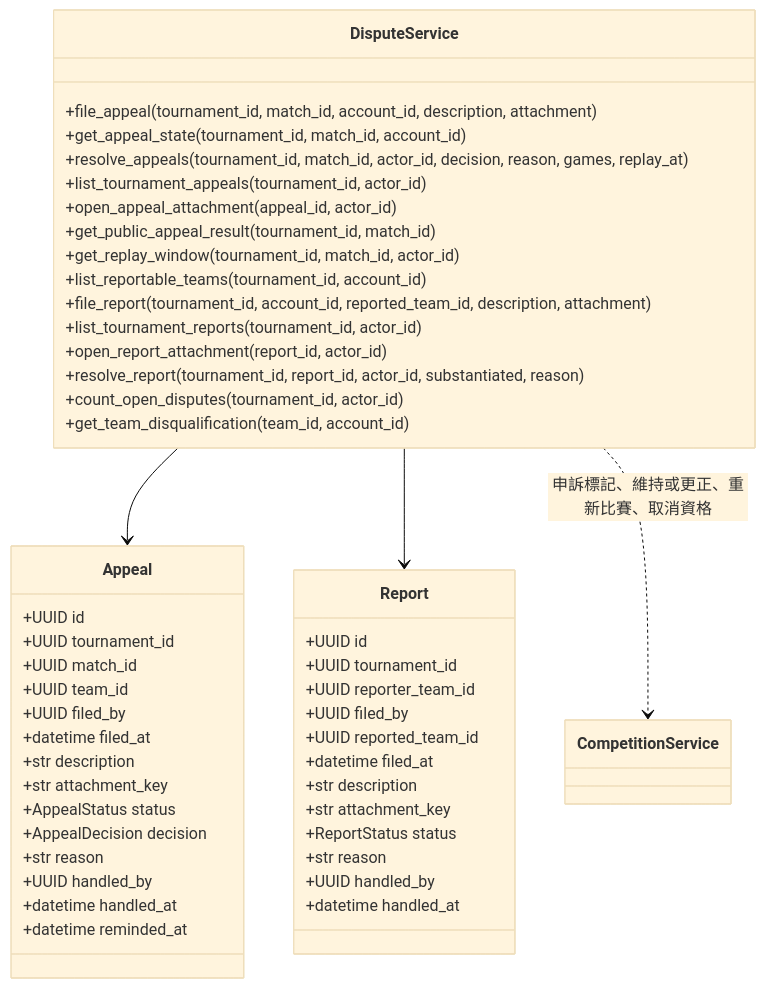
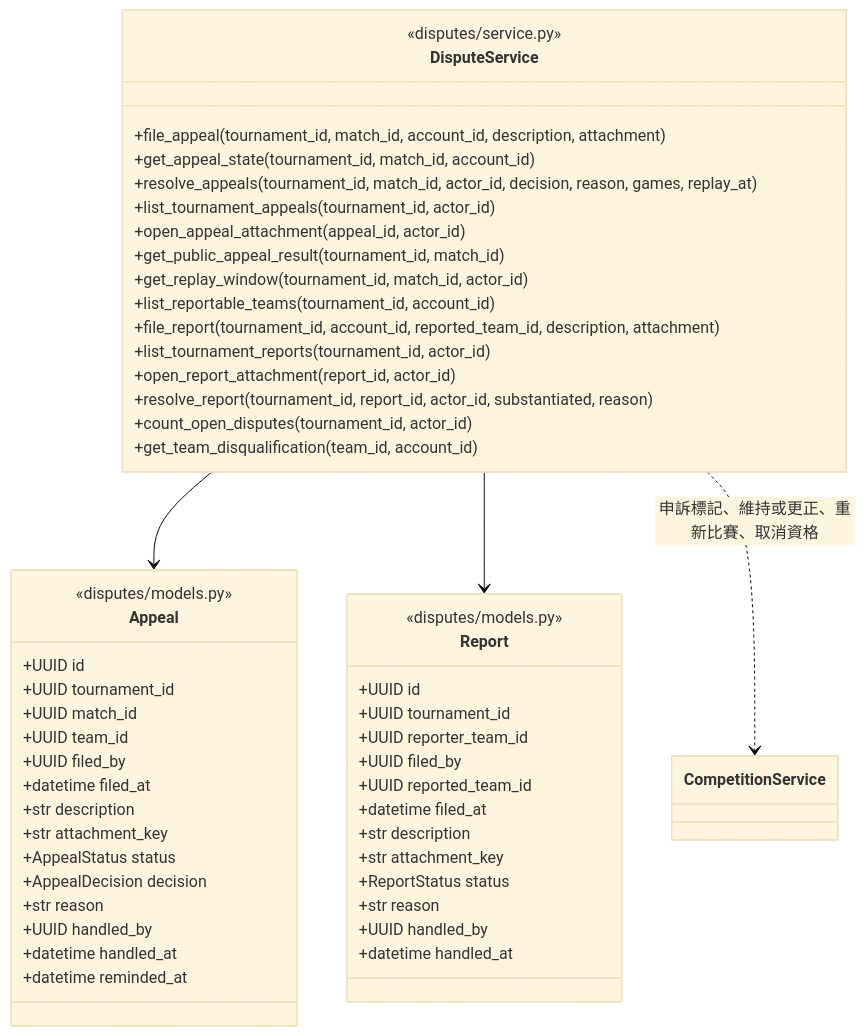
One commit to Team14good/esport-platform changed diagram 13 of 15 in docs/midterm/D-物件設計文件.md. Above: the diagram before and after it, drawn with Mermaid (base theme). The commit also changed other lines of this file and 27 other files, not shown here.

First line of the commit message:
docs: B、C、D 其餘的圖全部對照程式標註

````diff
--- a/docs/midterm/D-物件設計文件.md
+++ b/docs/midterm/D-物件設計文件.md
@@ -666,53 +701,56 @@
 ```mermaid
 classDiagram
   class Appeal {
+    <<disputes/models.py>>
     +UUID id
     +UUID tournament_id
     +UUID match_id
     +UUID team_id
     +UUID filed_by
     +datetime filed_at
     +str description
     +str attachment_key
     +AppealStatus status
     +AppealDecision decision
     +str reason
     +UUID handled_by
     +datetime handled_at
     +datetime reminded_at
   }
   class Report {
+    <<disputes/models.py>>
     +UUID id
     +UUID tournament_id
     +UUID reporter_team_id
     +UUID filed_by
     +UUID reported_team_id
     +datetime filed_at
     +str description
     +str attachment_key
     +ReportStatus status
     +str reason
     +UUID handled_by
     +datetime handled_at
   }
   class DisputeService {
+    <<disputes/service.py>>
     +file_appeal(tournament_id, match_id, account_id, description, attachment)
     +get_appeal_state(tournament_id, match_id, account_id)
     +resolve_appeals(tournament_id, match_id, actor_id, decision, reason, games, replay_at)
     +list_tournament_appeals(tournament_id, actor_id)
     +open_appeal_attachment(appeal_id, actor_id)
     +get_public_appeal_result(tournament_id, match_id)
     +get_replay_window(tournament_id, match_id, actor_id)
     +list_reportable_teams(tournament_id, account_id)
     +file_report(tournament_id, account_id, reported_team_id, description, attachment)
     +list_tournament_reports(tournament_id, actor_id)
     +open_report_attachment(report_id, actor_id)
     +resolve_report(tournament_id, report_id, actor_id, substantiated, reason)
     +count_open_disputes(tournament_id, actor_id)
     +get_team_disqualification(team_id, account_id)
   }
   class CompetitionService
   DisputeService --> Appeal
   DisputeService --> Report
   DisputeService ..> CompetitionService : 申訴標記、維持或更正、重新比賽、取消資格
 ```
````
